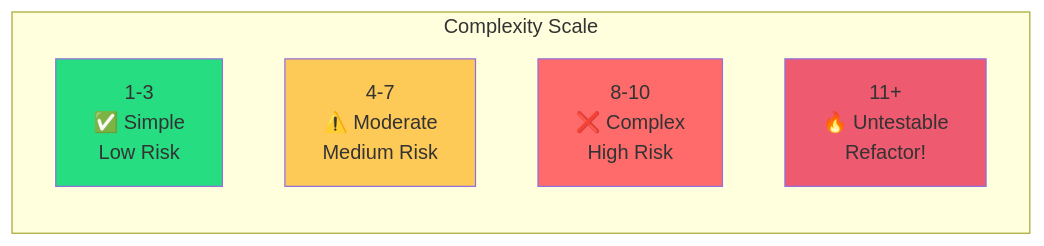
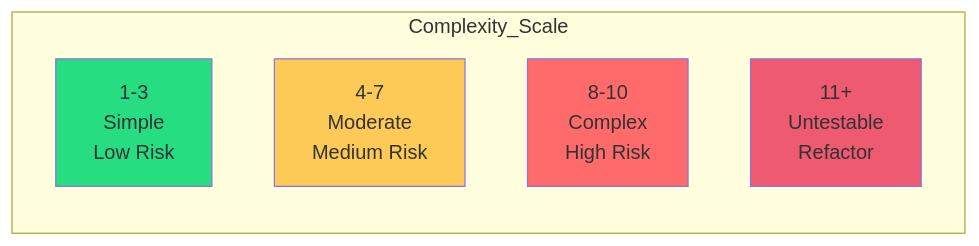
The third of 8 diagrams in 02-early-exit-pattern.md (IAFahim/data-oriented-design-standards), drawn with Mermaid before and after one commit. The commit also changed other lines of this file and 1 other file, not shown here.

````diff
--- a/02-early-exit-pattern.md
+++ b/02-early-exit-pattern.md
@@ -261,14 +263,14 @@
 ```mermaid
 graph LR
-    subgraph "Complexity Scale"
-        C1["1-3<br/>✅ Simple<br/>Low Risk"]
-        C2["4-7<br/>⚠️ Moderate<br/>Medium Risk"]
-        C3["8-10<br/>❌ Complex<br/>High Risk"]
-        C4["11+<br/>🔥 Untestable<br/>Refactor!"]
+    subgraph Complexity_Scale
+        C1["1-3<br/>Simple<br/>Low Risk"]
+        C2["4-7<br/>Moderate<br/>Medium Risk"]
+        C3["8-10<br/>Complex<br/>High Risk"]
+        C4["11+<br/>Untestable<br/>Refactor"]
     end
     
     style C1 fill:#26de81
     style C2 fill:#feca57
     style C3 fill:#ff6b6b
     style C4 fill:#ee5a6f
 ```
````
